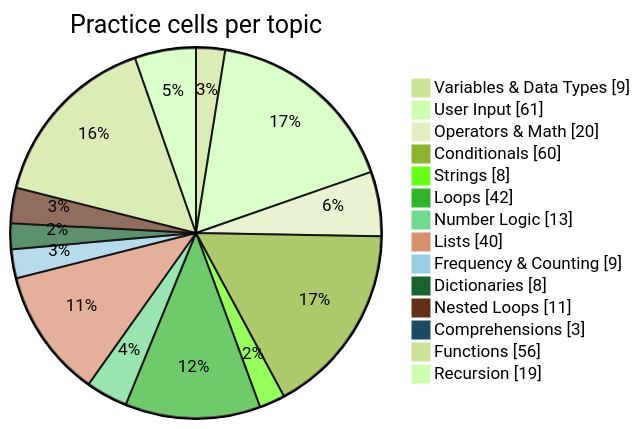
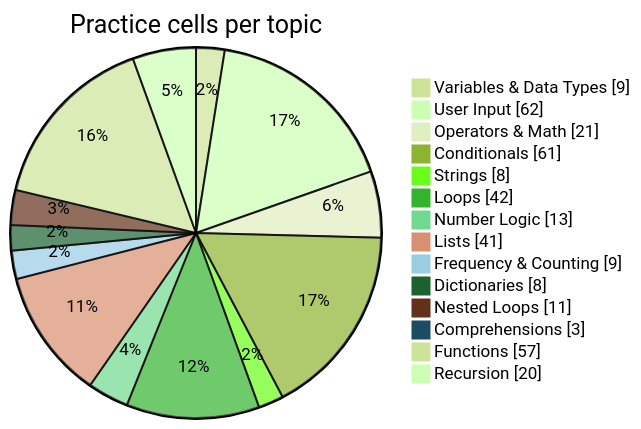
One commit to Phantom2101/Python-Daily-Practice changed the diagram in README.md. Above: the diagram before and after it, drawn with Mermaid (forest theme). The commit also changed other lines of this file and 1 other file, not shown here.

````diff
--- a/README.md
+++ b/README.md
@@ -126,17 +126,17 @@
 ```mermaid
 pie showData title Practice cells per topic
     "Variables & Data Types" : 9
-    "User Input" : 61
-    "Operators & Math" : 20
-    "Conditionals" : 60
+    "User Input" : 62
+    "Operators & Math" : 21
+    "Conditionals" : 61
     "Strings" : 8
     "Loops" : 42
     "Number Logic" : 13
-    "Lists" : 40
+    "Lists" : 41
     "Frequency & Counting" : 9
     "Dictionaries" : 8
     "Nested Loops" : 11
     "Comprehensions" : 3
-    "Functions" : 56
-    "Recursion" : 19
+    "Functions" : 57
+    "Recursion" : 20
 ```
````
